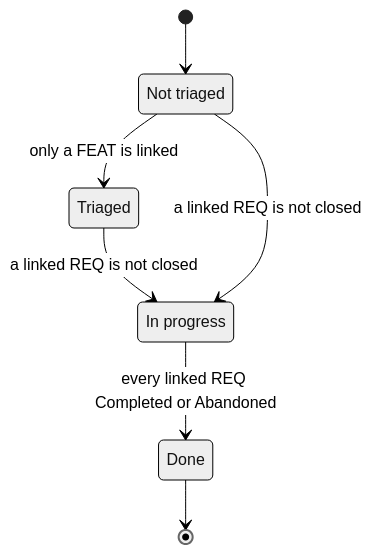
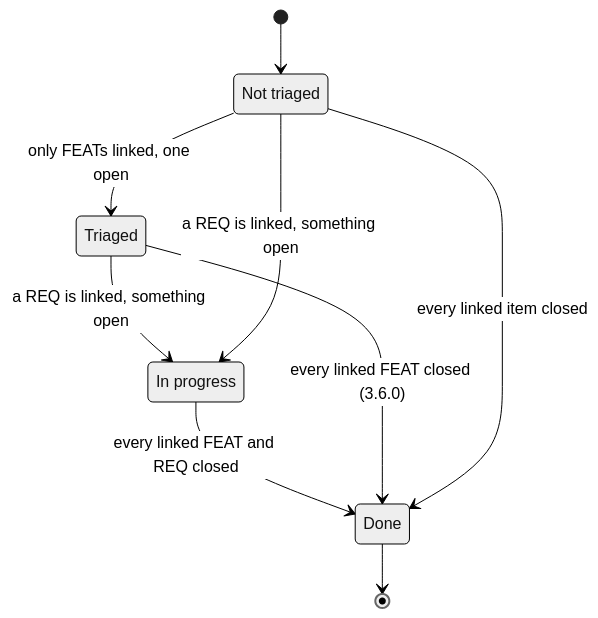
One commit to cantica-tech/catalyst-docs changed diagram 14 of 29 in docs/guide/manual/40-modules.md. Above: the diagram before and after it, drawn with Mermaid (neutral theme). The commit also changed other lines of this file and 9 other files, not shown here.

````diff
--- a/docs/guide/manual/40-modules.md
+++ b/docs/guide/manual/40-modules.md
@@ -630,11 +633,13 @@
 ```mermaid
 stateDiagram-v2
   state "Not triaged" as NotTriaged
   state "In progress" as InProgress
   [*] --> NotTriaged
-  NotTriaged --> Triaged : only a FEAT is linked
-  Triaged --> InProgress : a linked REQ is not closed
-  NotTriaged --> InProgress : a linked REQ is not closed
-  InProgress --> Done : every linked REQ Completed or Abandoned
+  NotTriaged --> Triaged : only FEATs linked, one open
+  Triaged --> InProgress : a REQ is linked, something open
+  NotTriaged --> InProgress : a REQ is linked, something open
+  InProgress --> Done : every linked FEAT and REQ closed
+  Triaged --> Done : every linked FEAT closed (3.6.0)
+  NotTriaged --> Done : every linked item closed
   Done --> [*]
 ```
````
